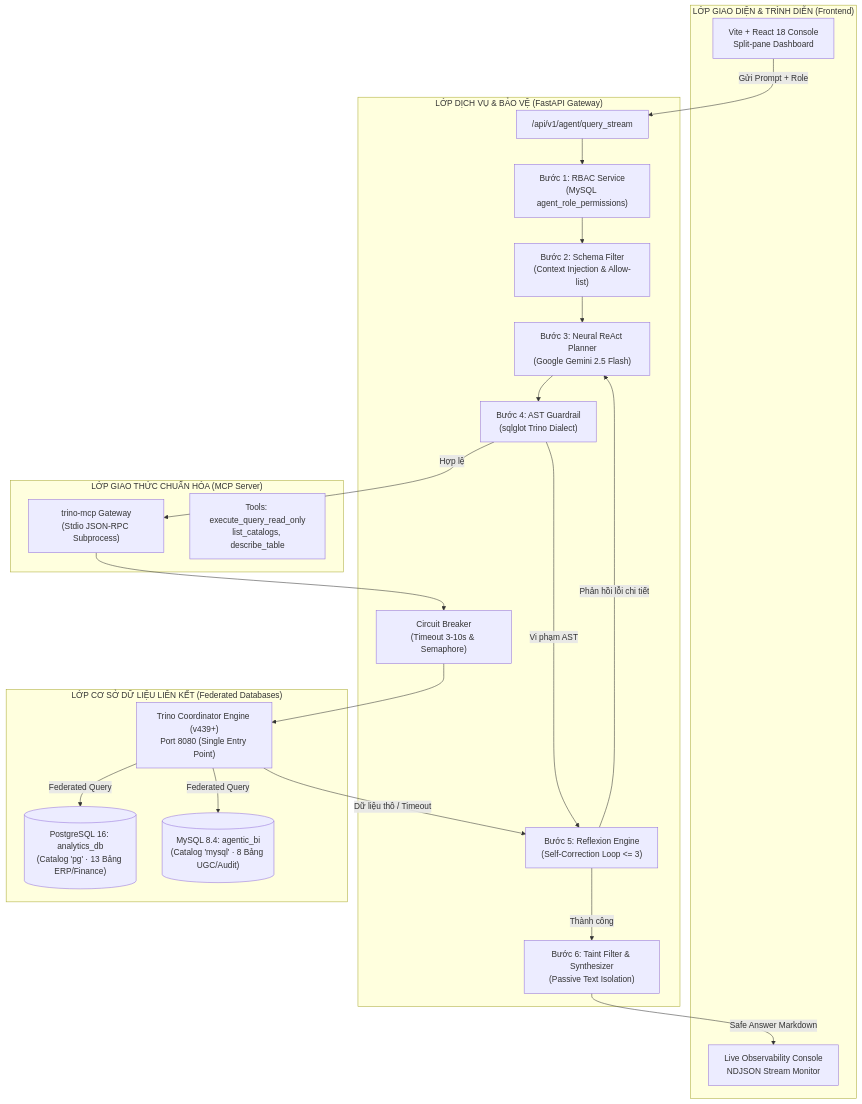
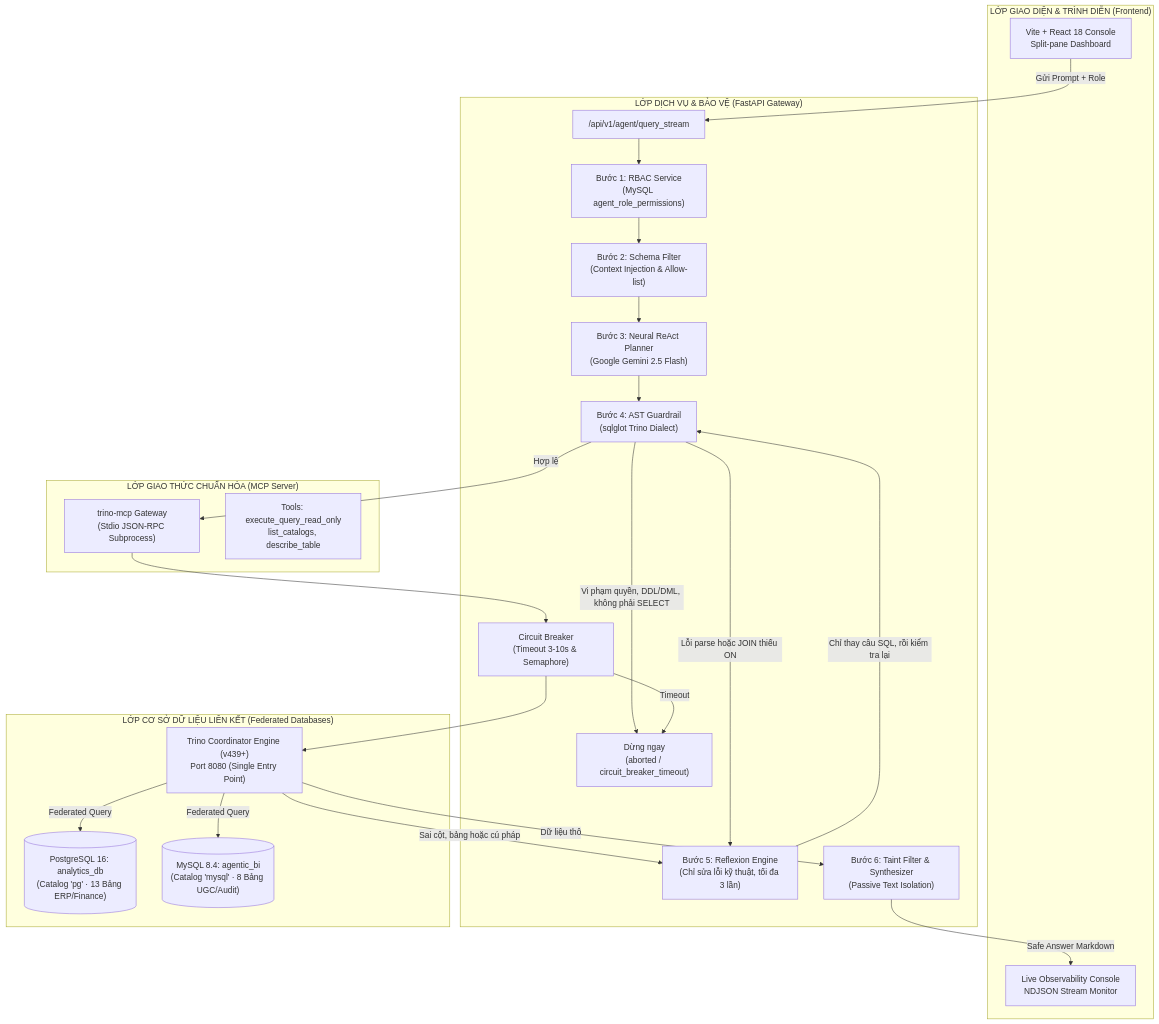
One commit to CongThanh27/secure_agentic_BI changed the diagram in docs/Interim_Report.md. Above: the diagram before and after it, drawn with Mermaid. The commit also changed other lines of this file and 5 other files, not shown here.

Commit message:
Implement Reflexion Engine for SQL error handling

````diff
--- a/docs/Interim_Report.md
+++ b/docs/Interim_Report.md
@@ -78,41 +78,44 @@
 ```mermaid
 flowchart TD
     subgraph UI_Layer ["LỚP GIAO DIỆN & TRÌNH DIỄN (Frontend)"]
         UI["Vite + React 18 Console<br/>Split-pane Dashboard"]
         LiveTrace["Live Observability Console<br/>NDJSON Stream Monitor"]
     end
 
     subgraph API_Gateway ["LỚP DỊCH VỤ & BẢO VỆ (FastAPI Gateway)"]
         Router["/api/v1/agent/query_stream"]
         S1["Bước 1: RBAC Service<br/>(MySQL agent_role_permissions)"]
         S2["Bước 2: Schema Filter<br/>(Context Injection & Allow-list)"]
         S3["Bước 3: Neural ReAct Planner<br/>(Google Gemini 2.5 Flash)"]
         S4["Bước 4: AST Guardrail<br/>(sqlglot Trino Dialect)"]
-        S5["Bước 5: Reflexion Engine<br/>(Self-Correction Loop <= 3)"]
+        S5["Bước 5: Reflexion Engine<br/>(Chỉ sửa lỗi kỹ thuật, tối đa 3 lần)"]
         CB["Circuit Breaker<br/>(Timeout 3-10s & Semaphore)"]
+        Stop["Dừng ngay<br/>(aborted / circuit_breaker_timeout)"]
         S6["Bước 6: Taint Filter & Synthesizer<br/>(Passive Text Isolation)"]
     end
 
     subgraph MCP_Layer ["LỚP GIAO THỨC CHUẨN HÓA (MCP Server)"]
         MCP["trino-mcp Gateway<br/>(Stdio JSON-RPC Subprocess)"]
         MCPTools["Tools: execute_query_read_only<br/>list_catalogs, describe_table"]
     end
 
     subgraph Data_Layer ["LỚP CƠ SỞ DỮ LIỆU LIÊN KẾT (Federated Databases)"]
         Trino["Trino Coordinator Engine (v439+)<br/>Port 8080 (Single Entry Point)"]
         PG[("PostgreSQL 16: analytics_db<br/>(Catalog 'pg' · 13 Bảng ERP/Finance)")]
         MySQL[("MySQL 8.4: agentic_bi<br/>(Catalog 'mysql' · 8 Bảng UGC/Audit)")]
     end
 
     UI -->|Gửi Prompt + Role| Router
     Router --> S1 --> S2 --> S3 --> S4
-    S4 -->|Vi phạm AST| S5
-    S5 -->|Phản hồi lỗi chi tiết| S3
+    S4 -->|Lỗi parse hoặc JOIN thiếu ON| S5
+    S4 -->|Vi phạm quyền, DDL/DML, không phải SELECT| Stop
+    S5 -->|Chỉ thay câu SQL, rồi kiểm tra lại| S4
     S4 -->|Hợp lệ| MCP
     MCP --> CB --> Trino
+    CB -->|Timeout| Stop
     Trino -->|Federated Query| PG
     Trino -->|Federated Query| MySQL
-    Trino -->|Dữ liệu thô / Timeout| S5
-    S5 -->|Thành công| S6
+    Trino -->|Sai cột, bảng hoặc cú pháp| S5
+    Trino -->|Dữ liệu thô| S6
     S6 -->|Safe Answer Markdown| LiveTrace
 ```
````
